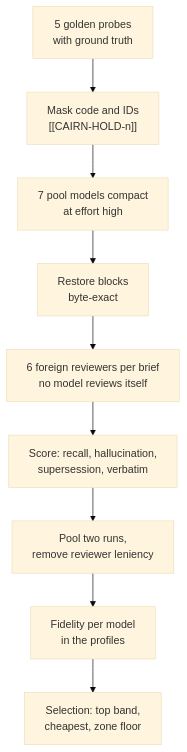
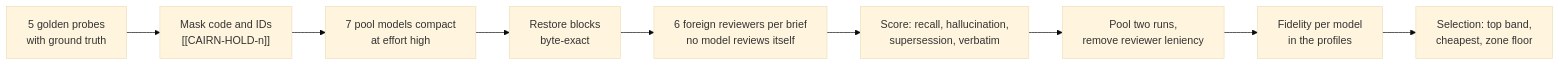
Before and after one commit to CheswickDEV/cairn: the second of 2 diagrams in README.md, drawn with Mermaid (base theme). The commit also changed other lines of this file, not shown here.

First line of the commit message:
docs(readme): back to one How It Works diagram

````diff
--- a/README.md
+++ b/README.md
@@ -311,11 +176,11 @@
 ```mermaid
-flowchart TB
+flowchart LR
     probes["5 golden probes<br/>with ground truth"] --> mask["Mask code and IDs<br/>[[CAIRN-HOLD-n]]"]
     mask --> compact["7 pool models compact<br/>at effort high"]
     compact --> restore["Restore blocks<br/>byte-exact"]
     restore --> review["6 foreign reviewers per brief<br/>no model reviews itself"]
     review --> score["Score: recall, hallucination,<br/>supersession, verbatim"]
     score --> pool["Pool two runs,<br/>remove reviewer leniency"]
     pool --> profiles["Fidelity per model<br/>in the profiles"]
     profiles --> select["Selection: top band,<br/>cheapest, zone floor"]
 ```
````
